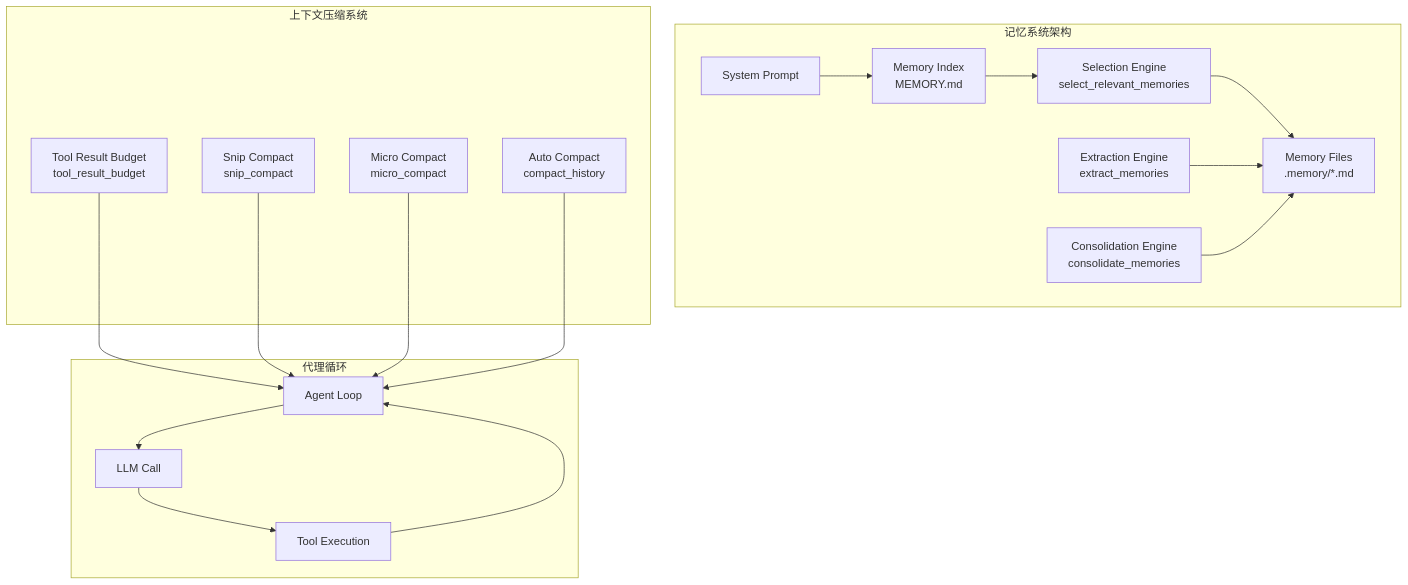
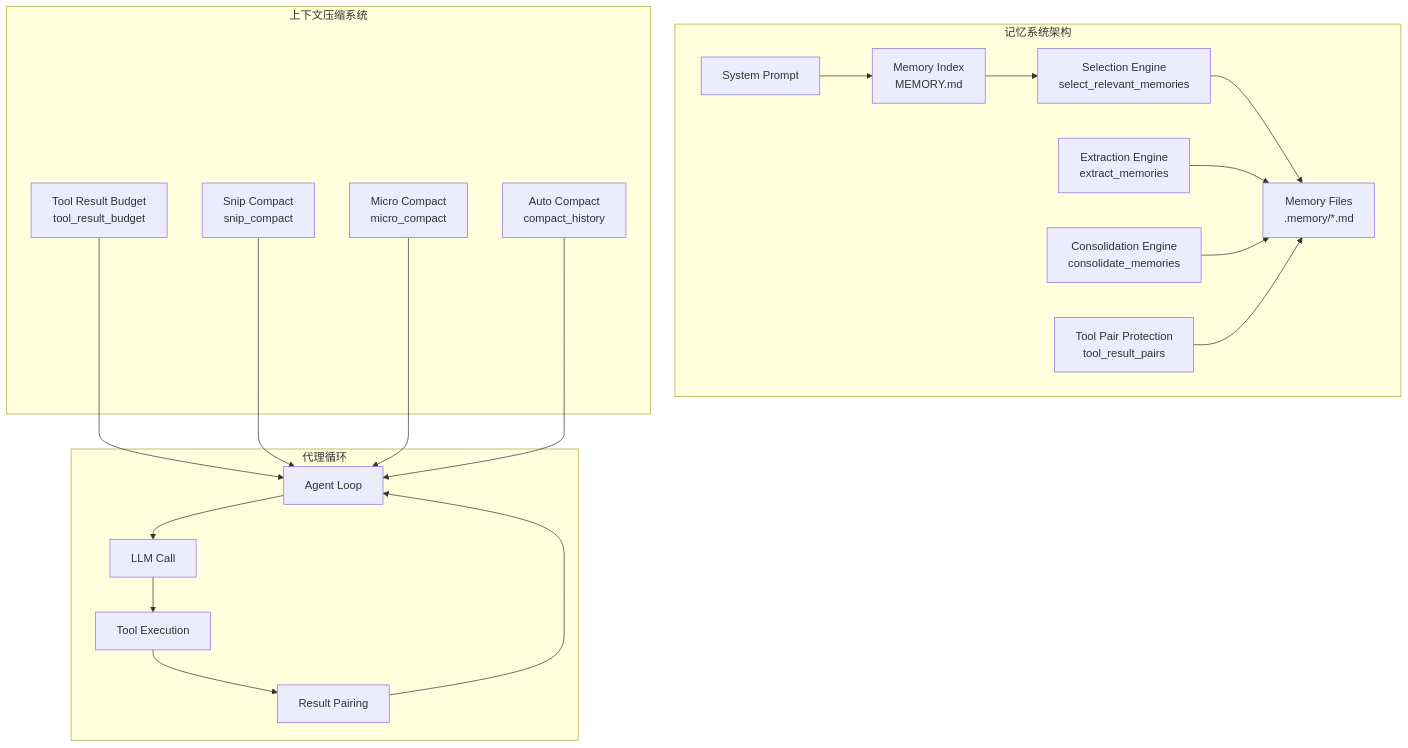
One commit to haolange/learn-claude-code changed the second of 8 diagrams in .qoder/repowiki/zh/content/持久化系统/记忆系统.md. Above: the diagram before and after it, drawn with Mermaid. The commit also changed other lines of this file and 6 other files, not shown here.

````diff
--- a/.qoder/repowiki/zh/content/持久化系统/记忆系统.md
+++ b/.qoder/repowiki/zh/content/持久化系统/记忆系统.md
@@ -103,34 +115,38 @@
 ```mermaid
 graph TB
 subgraph "记忆系统架构"
 A[System Prompt]
 B[Memory Index<br/>MEMORY.md]
 C[Memory Files<br/>.memory/*.md]
 D[Selection Engine<br/>select_relevant_memories]
 E[Extraction Engine<br/>extract_memories]
 F[Consolidation Engine<br/>consolidate_memories]
+G[Tool Pair Protection<br/>tool_result_pairs]
 end
 subgraph "上下文压缩系统"
-G[Tool Result Budget<br/>tool_result_budget]
-H[Snip Compact<br/>snip_compact]
-I[Micro Compact<br/>micro_compact]
-J[Auto Compact<br/>compact_history]
+H[Tool Result Budget<br/>tool_result_budget]
+I[Snip Compact<br/>snip_compact]
+J[Micro Compact<br/>micro_compact]
+K[Auto Compact<br/>compact_history]
 end
 subgraph "代理循环"
-K[Agent Loop]
-L[LLM Call]
-M[Tool Execution]
+L[Agent Loop]
+M[LLM Call]
+N[Tool Execution]
+O[Result Pairing]
 end
 A --> B
 B --> D
 D --> C
 E --> C
 F --> C
-G --> K
-H --> K
-I --> K
-J --> K
+G --> C
+H --> L
+I --> L
+J --> L
 K --> L
 L --> M
-M --> K
+M --> N
+N --> O
+O --> L
 ```
````
